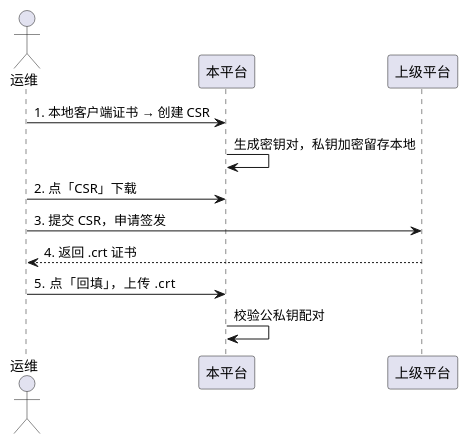
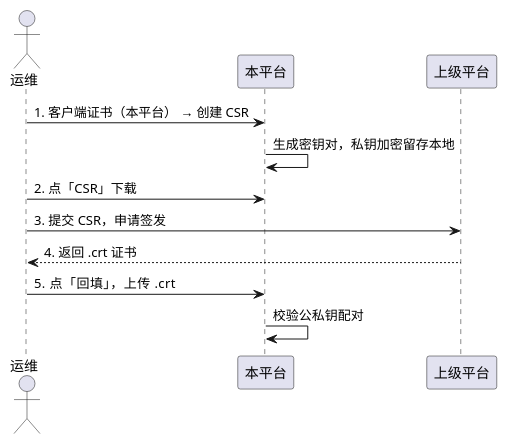
One commit to amamibamihong/wvp-GB28181-pro changed the diagram in doc/gb35114/usage.md. Above: the diagram before and after it, drawn with PlantUML. The commit also changed other lines of this file and 61 other files, not shown here.

````diff
--- a/doc/gb35114/usage.md
+++ b/doc/gb35114/usage.md
@@ -169,15 +251,15 @@
 ```plantuml
 @startuml
 actor "运维" as O
 participant "本平台" as W
 participant "上级平台" as P
 
-O -> W: 1. 本地客户端证书 → 创建 CSR
+O -> W: 1. 客户端证书（本平台） → 创建 CSR
 W -> W: 生成密钥对，私钥加密留存本地
 O -> W: 2. 点「CSR」下载
 O -> P: 3. 提交 CSR，申请签发
 P --> O: 4. 返回 .crt 证书
 O -> W: 5. 点「回填」，上传 .crt
 W -> W: 校验公私钥配对
 @enduml
 ```
````
